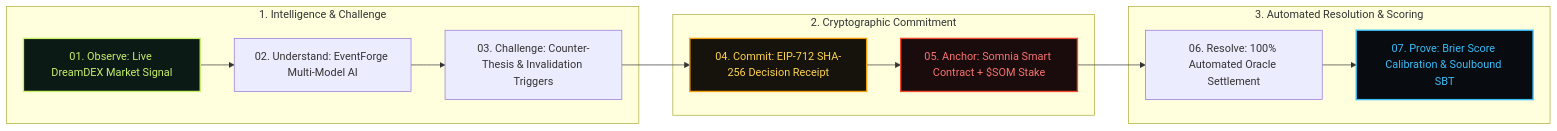
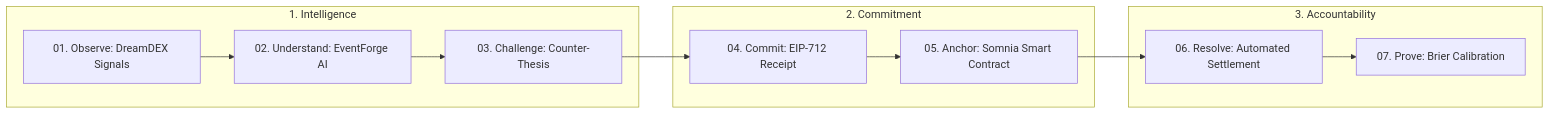
The first of 2 diagrams in README.md (0xaje/ProofCast), drawn with Mermaid before and after one commit. The commit also changed other lines of this file, not shown here.

Commit message:
docs(readme): fix GitHub Mermaid compatibility and expand Somnia & DreamDEX architecture

````diff
--- a/README.md
+++ b/README.md
@@ -39,22 +40,17 @@
 ```mermaid
-flowchart LR
-  subgraph PreDecision [1. Intelligence & Challenge]
-    A["01. Observe: Live DreamDEX Market Signal"] --> B["02. Understand: EventForge Multi-Model AI"]
-    B --> C["03. Challenge: Counter-Thesis & Invalidation Triggers"]
+graph LR
+  subgraph Phase1 [1. Intelligence]
+    A[01. Observe: DreamDEX Signals] --> B[02. Understand: EventForge AI]
+    B --> C[03. Challenge: Counter-Thesis]
   end
 
-  subgraph Commitment [2. Cryptographic Commitment]
-    C --> D["04. Commit: EIP-712 SHA-256 Decision Receipt"]
-    D --> E["05. Anchor: Somnia Smart Contract + $SOM Stake"]
+  subgraph Phase2 [2. Commitment]
+    C --> D[04. Commit: EIP-712 Receipt]
+    D --> E[05. Anchor: Somnia Smart Contract]
   end
 
-  subgraph Accountability [3. Automated Resolution & Scoring]
-    E --> F["06. Resolve: 100% Automated Oracle Settlement"]
-    F --> G["07. Prove: Brier Score Calibration & Soulbound SBT"]
+  subgraph Phase3 [3. Accountability]
+    E --> F[06. Resolve: Automated Settlement]
+    F --> G[07. Prove: Brier Calibration]
   end
-
-  style A fill:#0c1a16,stroke:#c8f06a,stroke-width:2px,color:#c8f06a
-  style D fill:#16120c,stroke:#f59e0b,stroke-width:2px,color:#fcd34d
-  style E fill:#1a0c0c,stroke:#f04b2f,stroke-width:2px,color:#f87171
-  style G fill:#080b10,stroke:#38bdf8,stroke-width:2px,color:#38bdf8
 ```
````
